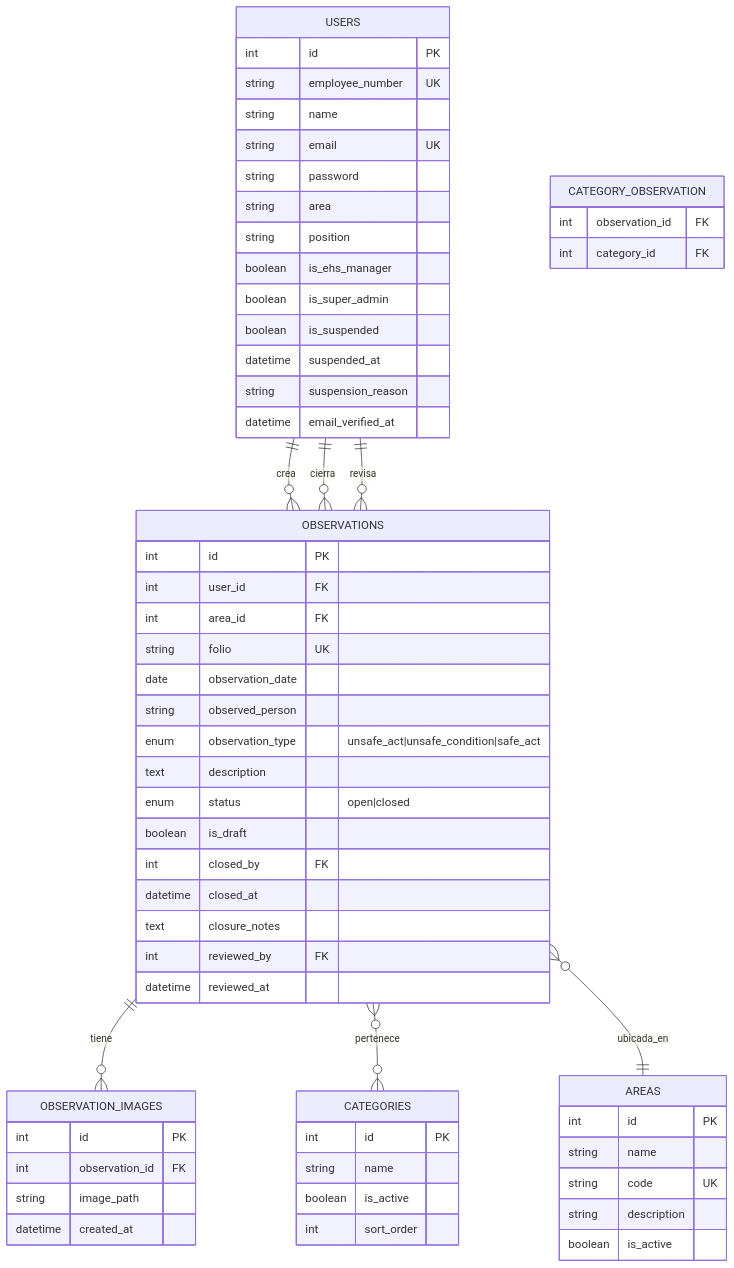
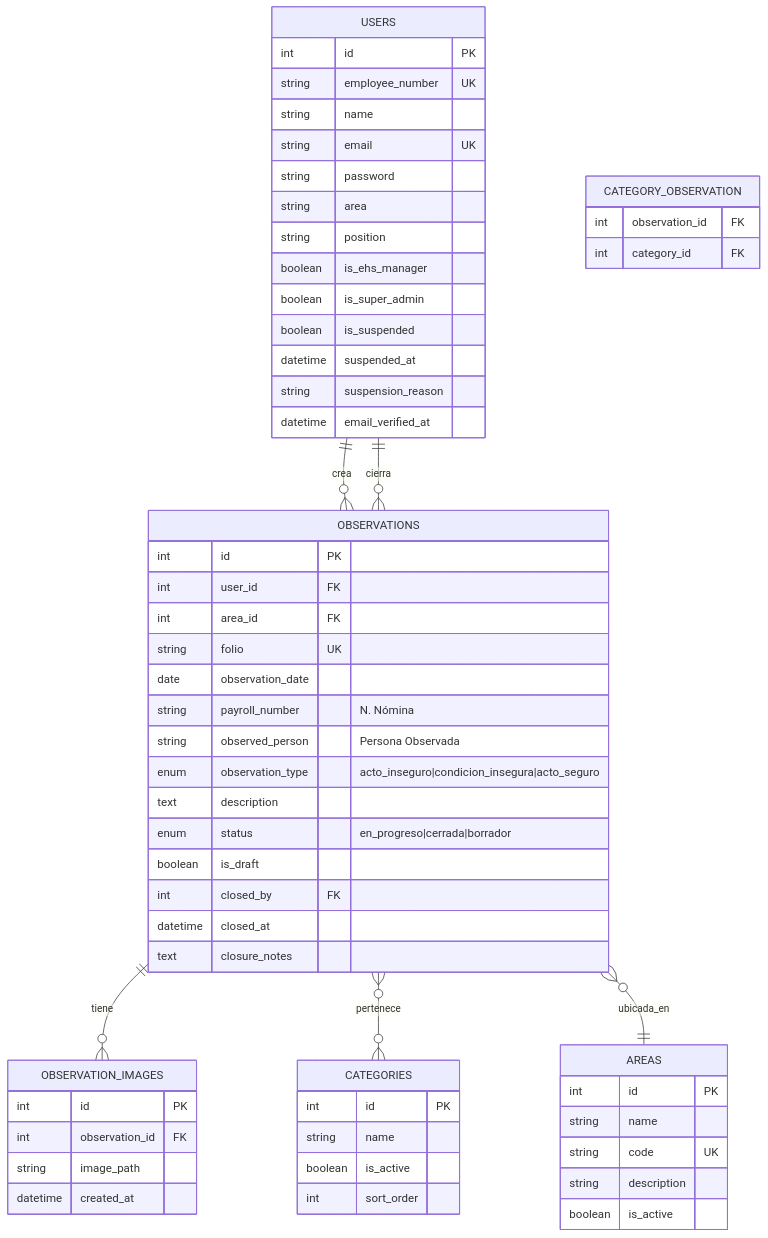
The fourth of 9 diagrams in README.md (ErwinPlaza064/app-safety-observation), drawn with Mermaid before and after one commit. The commit also changed other lines of this file and 10 other files, not shown here.

````diff
--- a/README.md
+++ b/README.md
@@ -155,70 +156,68 @@
 ```mermaid
 erDiagram
     USERS ||--o{ OBSERVATIONS : "crea"
     USERS ||--o{ OBSERVATIONS : "cierra"
-    USERS ||--o{ OBSERVATIONS : "revisa"
     OBSERVATIONS ||--o{ OBSERVATION_IMAGES : "tiene"
     OBSERVATIONS }o--o{ CATEGORIES : "pertenece"
     OBSERVATIONS }o--|| AREAS : "ubicada_en"
 
     USERS {
         int id PK
         string employee_number UK
         string name
         string email UK
         string password
         string area
         string position
         boolean is_ehs_manager
         boolean is_super_admin
         boolean is_suspended
         datetime suspended_at
         string suspension_reason
         datetime email_verified_at
     }
 
     OBSERVATIONS {
         int id PK
         int user_id FK
         int area_id FK
         string folio UK
         date observation_date
-        string observed_person
-        enum observation_type "unsafe_act|unsafe_condition|safe_act"
+        string payroll_number "N. Nómina"
+        string observed_person "Persona Observada"
+        enum observation_type "acto_inseguro|condicion_insegura|acto_seguro"
         text description
-        enum status "open|closed"
+        enum status "en_progreso|cerrada|borrador"
         boolean is_draft
         int closed_by FK
         datetime closed_at
         text closure_notes
-        int reviewed_by FK
-        datetime reviewed_at
     }
 
     OBSERVATION_IMAGES {
         int id PK
         int observation_id FK
         string image_path
         datetime created_at
     }
 
     CATEGORIES {
         int id PK
         string name
         boolean is_active
         int sort_order
     }
 
     AREAS {
         int id PK
         string name
         string code UK
         string description
         boolean is_active
     }
 
     CATEGORY_OBSERVATION {
         int observation_id FK
         int category_id FK
     }
 ```
````
